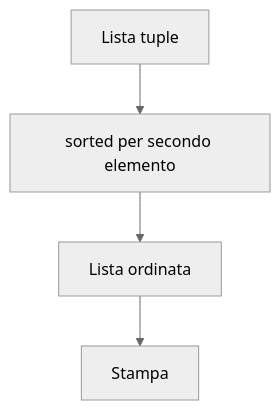
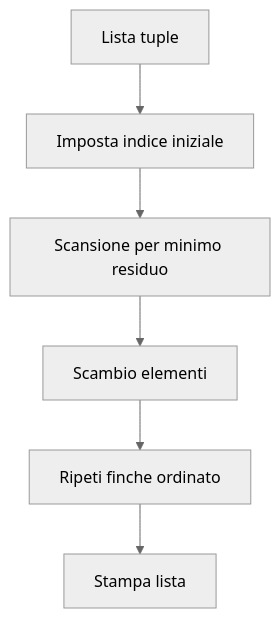
Before and after one commit to lucadagati/Lab_Fondamenti_di_Informatica_25_26: the fifth of 10 diagrams in 04-python-jupyter-analisi-biomedica/README.md, drawn with Mermaid (neutral theme). The commit also changed other lines of this file, not shown here.

First line of the commit message:
README Lab 4: mantiene solo diagrammi di flusso algoritmici

````diff
--- a/04-python-jupyter-analisi-biomedica/README.md
+++ b/04-python-jupyter-analisi-biomedica/README.md
@@ -181,6 +140,8 @@
 ```mermaid
 flowchart TD
-    A[Lista tuple] --> B[sorted per secondo elemento]
-    B --> C[Lista ordinata]
-    C --> D[Stampa]
+    A[Lista tuple] --> B[Imposta indice iniziale]
+    B --> C[Scansione per minimo residuo]
+    C --> D[Scambio elementi]
+    D --> E[Ripeti finche ordinato]
+    E --> F[Stampa lista]
 ```
````
